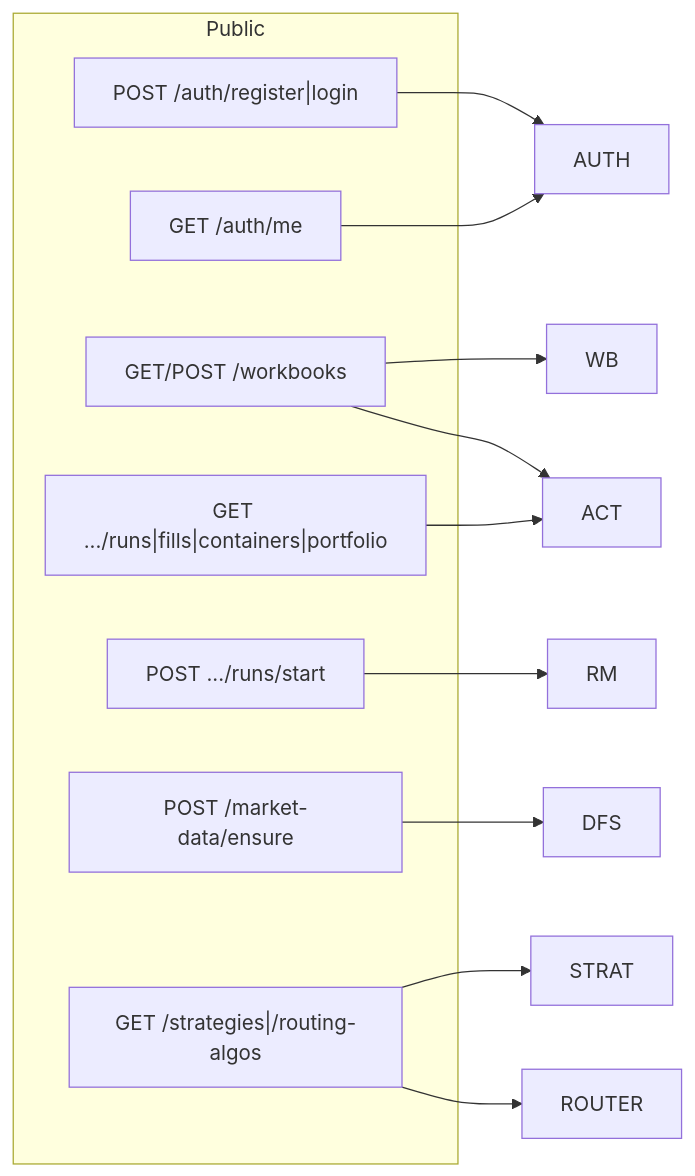
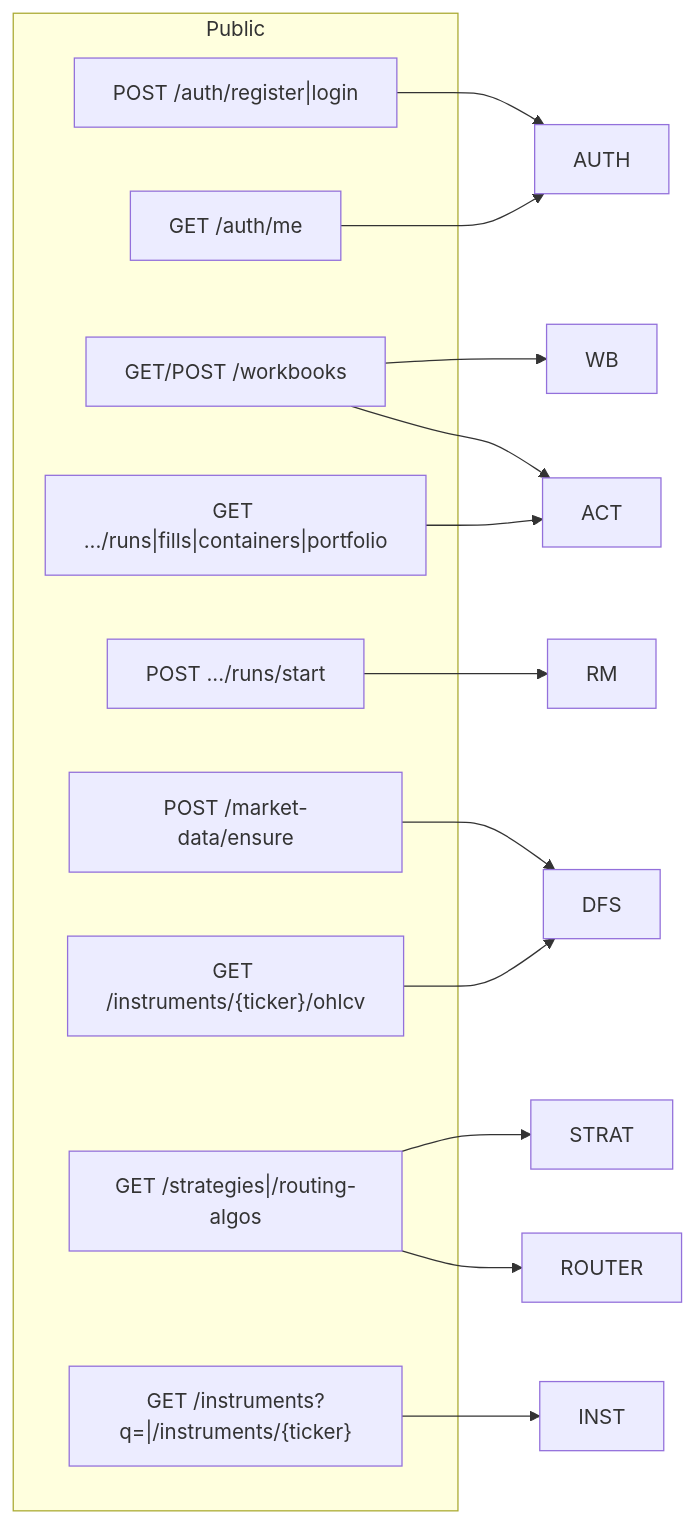
The seventh of 8 diagrams in Notes/CODEMAP.md (Ruhangrk/AlgoCraft), drawn with Mermaid before and after one commit. The commit also changed other lines of this file and 44 other files, not shown here.

````diff
--- a/Notes/CODEMAP.md
+++ b/Notes/CODEMAP.md
@@ -339,20 +351,24 @@
 ```mermaid
 flowchart LR
   subgraph Public
     R1["POST /auth/register|login"]
     R2["GET /auth/me"]
     R3["GET/POST /workbooks"]
     R4["POST .../runs/start"]
     R5["GET .../runs|fills|containers|portfolio"]
     R6["POST /market-data/ensure"]
     R7["GET /strategies|/routing-algos"]
+    R8["GET /instruments?q=|/instruments/{ticker}"]
+    R9["GET /instruments/{ticker}/ohlcv"]
   end
 
   R1 --> AUTH
   R2 --> AUTH
   R3 --> WB & ACT
   R4 --> RM
   R5 --> ACT
   R6 --> DFS
   R7 --> STRAT & ROUTER
+  R8 --> INST
+  R9 --> DFS
 ```
````
